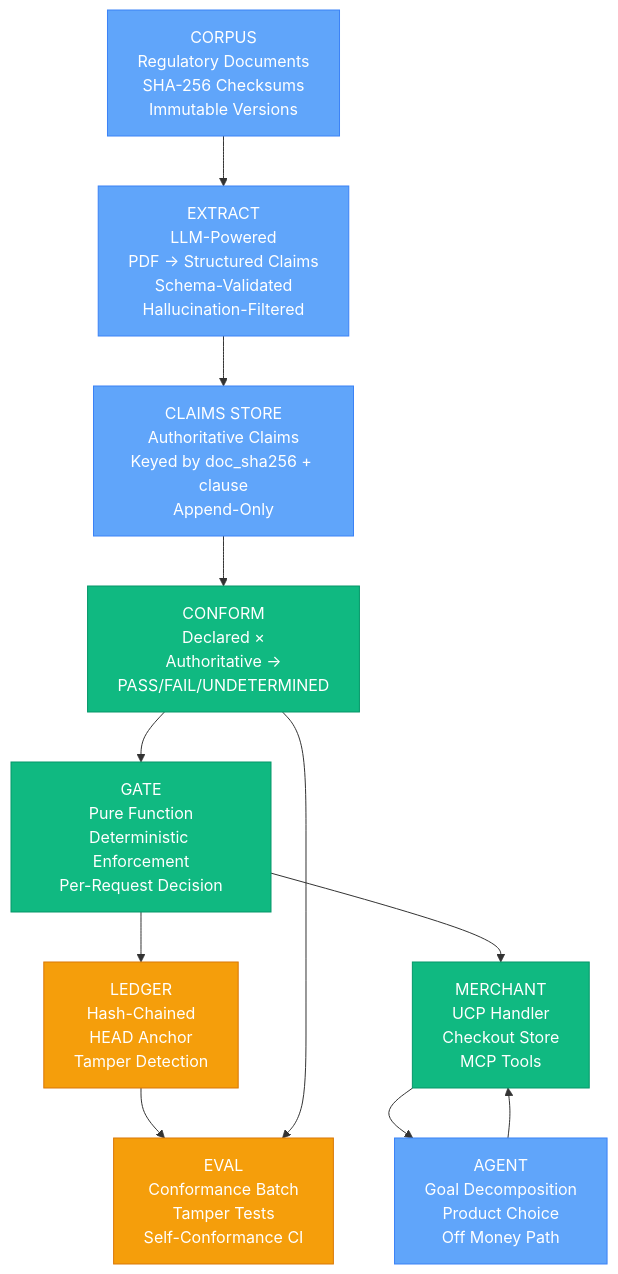
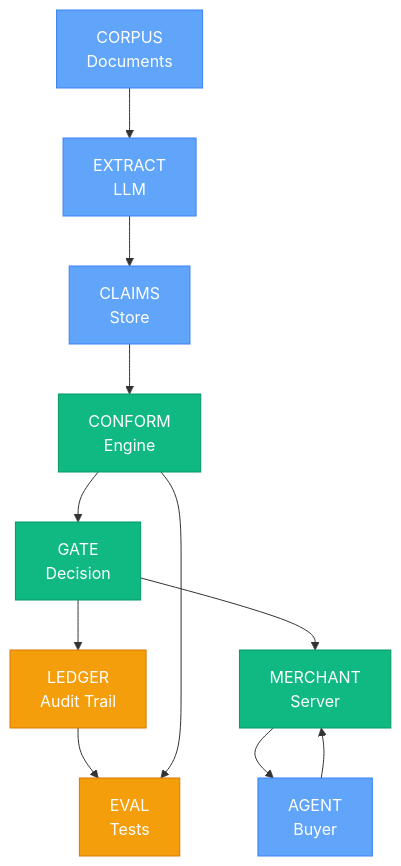
Before and after one commit to NithishaVenkatesh/upi-agent-conformance: the fourth of 6 diagrams in README.md, drawn with Mermaid. The commit also changed other lines of this file, not shown here.

First line of the commit message:
fix: Mermaid diagrams - remove special characters causing parse errors

````diff
--- a/README.md
+++ b/README.md
@@ -228,43 +228,33 @@
 ```mermaid
 graph TB
-    A["CORPUS<br/>Regulatory Documents<br/>SHA-256 Checksums<br/>Immutable Versions"]
-
-    B["EXTRACT<br/>LLM-Powered<br/>PDF → Structured Claims<br/>Schema-Validated<br/>Hallucination-Filtered"]
-
-    C["CLAIMS STORE<br/>Authoritative Claims<br/>Keyed by doc_sha256 + clause<br/>Append-Only"]
-
-    D["CONFORM<br/>Declared ×<br/>Authoritative →<br/>PASS/FAIL/UNDETERMINED"]
-
-    E["GATE<br/>Pure Function<br/>Deterministic Enforcement<br/>Per-Request Decision"]
-
-    F["LEDGER<br/>Hash-Chained<br/>HEAD Anchor<br/>Tamper Detection"]
-
-    G["MERCHANT<br/>UCP Handler<br/>Checkout Store<br/>MCP Tools"]
-
-    H["AGENT<br/>Goal Decomposition<br/>Product Choice<br/>Off Money Path"]
-
-    I["EVAL<br/>Conformance Batch<br/>Tamper Tests<br/>Self-Conformance CI"]
+    A["CORPUS<br/>Documents"]
+    B["EXTRACT<br/>LLM"]
+    C["CLAIMS<br/>Store"]
+    D["CONFORM<br/>Engine"]
+    E["GATE<br/>Decision"]
+    F["LEDGER<br/>Audit Trail"]
+    G["MERCHANT<br/>Server"]
+    H["AGENT<br/>Buyer"]
+    I["EVAL<br/>Tests"]
 
     A --> B
     B --> C
     C --> D
     D --> E
     E --> F
-
     E --> G
     G --> H
     H --> G
-
     F --> I
     D --> I
 
     style A fill:#60a5fa,stroke:#3b82f6,color:#fff
     style B fill:#60a5fa,stroke:#3b82f6,color:#fff
     style C fill:#60a5fa,stroke:#3b82f6,color:#fff
     style D fill:#10b981,stroke:#059669,color:#fff
     style E fill:#10b981,stroke:#059669,color:#fff
     style F fill:#f59e0b,stroke:#d97706,color:#fff
     style G fill:#10b981,stroke:#059669,color:#fff
     style H fill:#60a5fa,stroke:#3b82f6,color:#fff
     style I fill:#f59e0b,stroke:#d97706,color:#fff
 ```
````
